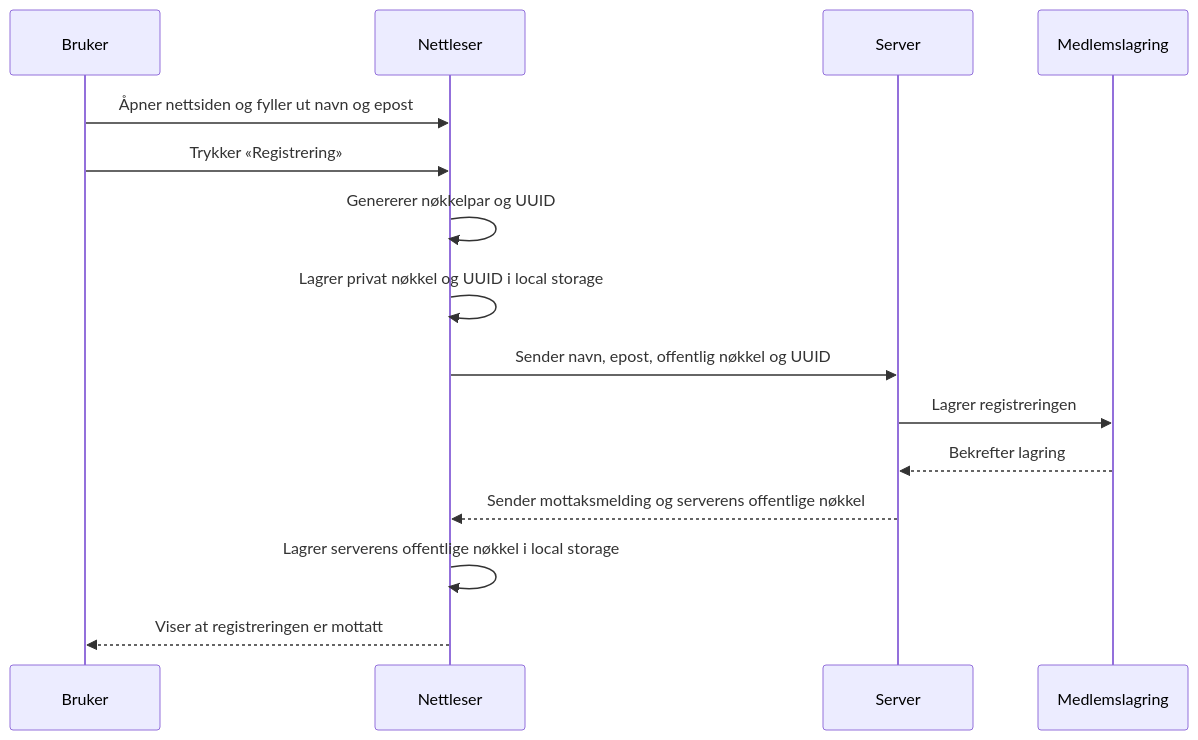
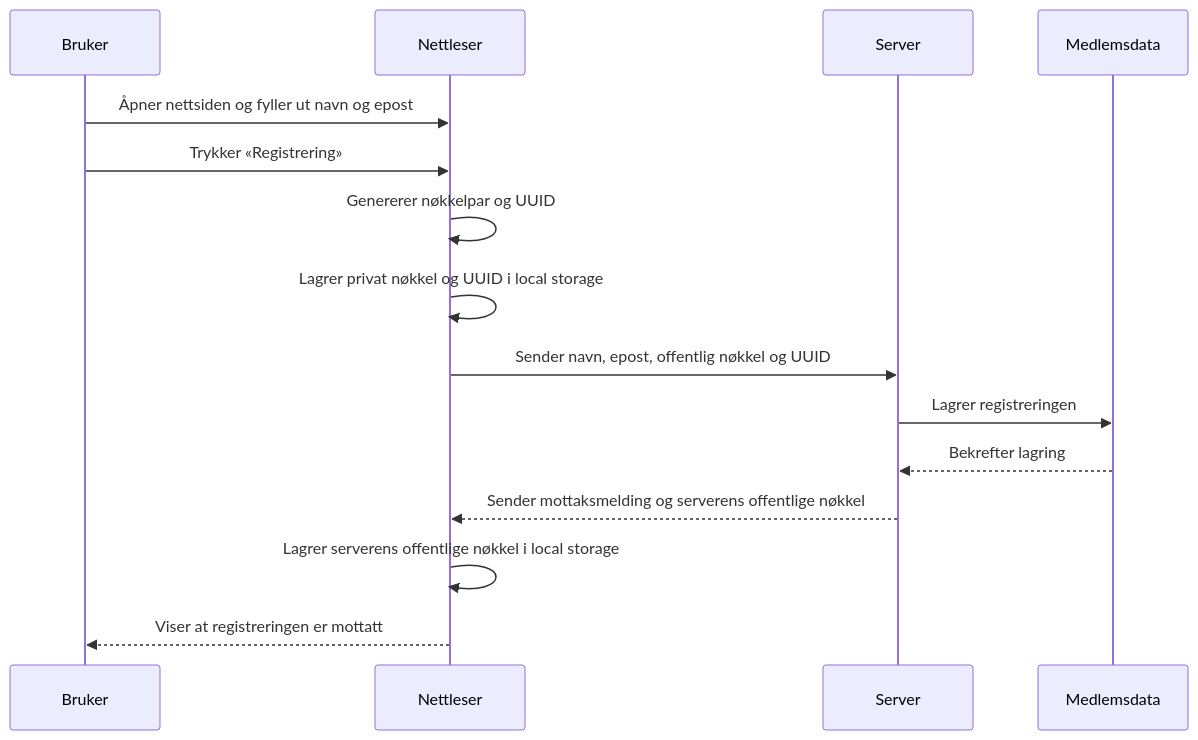
One commit to tplive/harstadmakers changed the first of 3 diagrams in ttl/README.md. Above: the diagram before and after it, drawn with Mermaid. The commit also changed other lines of this file, not shown here.

Commit message:
Endre "Medlemslagring" -> "Medlemsdata".

````diff
--- a/ttl/README.md
+++ b/ttl/README.md
@@ -66,18 +66,18 @@
 ```mermaid
 sequenceDiagram
    participant Bruker
    participant Nettleser
    participant Server
-   participant Medlemslagring
+   participant Medlemsdata
 
    Bruker->>Nettleser: Åpner nettsiden og fyller ut navn og epost
    Bruker->>Nettleser: Trykker «Registrering»
    Nettleser->>Nettleser: Genererer nøkkelpar og UUID
    Nettleser->>Nettleser: Lagrer privat nøkkel og UUID i local storage
    Nettleser->>Server: Sender navn, epost, offentlig nøkkel og UUID
-   Server->>Medlemslagring: Lagrer registreringen
-   Medlemslagring-->>Server: Bekrefter lagring
+   Server->>Medlemsdata: Lagrer registreringen
+   Medlemsdata-->>Server: Bekrefter lagring
    Server-->>Nettleser: Sender mottaksmelding og serverens offentlige nøkkel
    Nettleser->>Nettleser: Lagrer serverens offentlige nøkkel i local storage
    Nettleser-->>Bruker: Viser at registreringen er mottatt
 ```
````
